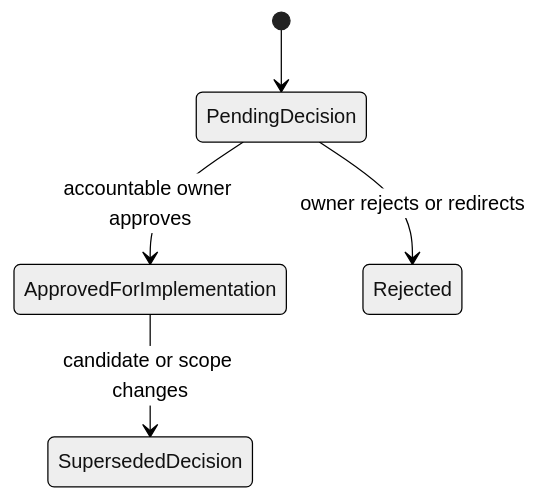
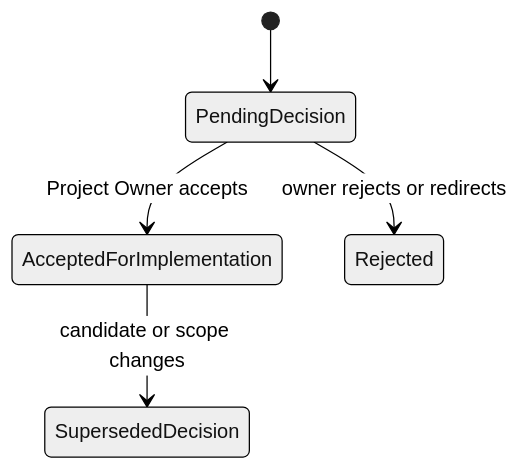
Before and after one commit to bobaoai/agent_runtime: the second of 3 diagrams in designDoc/the_design_doc_management.md, drawn with Mermaid (neutral theme). The commit also changed other lines of this file and 8 other files, not shown here.

````diff
--- a/designDoc/the_design_doc_management.md
+++ b/designDoc/the_design_doc_management.md
@@ -250,7 +251,7 @@
 ```mermaid
 stateDiagram-v2
     [*] --> PendingDecision
-    PendingDecision --> ApprovedForImplementation: accountable owner approves
+    PendingDecision --> AcceptedForImplementation: Project Owner accepts
     PendingDecision --> Rejected: owner rejects or redirects
-    ApprovedForImplementation --> SupersededDecision: candidate or scope changes
+    AcceptedForImplementation --> SupersededDecision: candidate or scope changes
 ```
````
